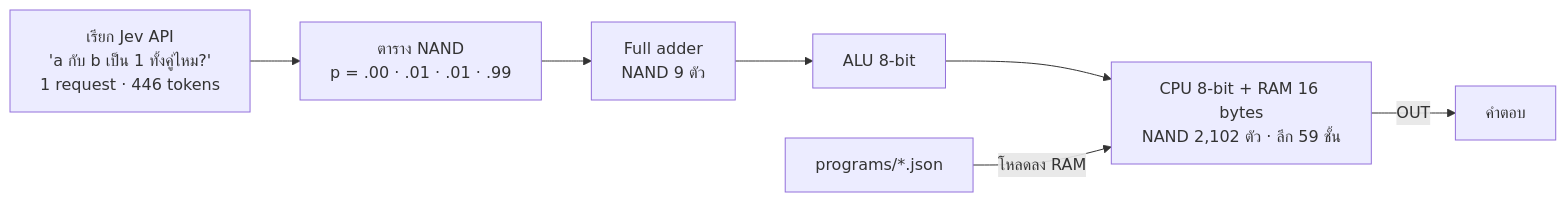
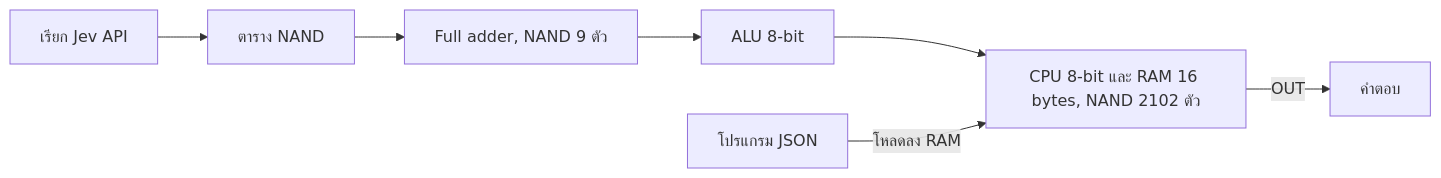
One commit to RiwRiwara/jev-computer changed the first of 3 diagrams in README.th.md. Above: the diagram before and after it, drawn with Mermaid. The commit also changed other lines of this file and 1 other file, not shown here.

Commit message:
Simplify Mermaid diagrams so GitHub renders them

````diff
--- a/README.th.md
+++ b/README.th.md
@@ -13,12 +13,9 @@
 ```mermaid
 flowchart LR
-    Q["เรียก Jev API<br/>'a กับ b เป็น 1 ทั้งคู่ไหม?'<br/>1 request · 446 tokens"]
-    T["ตาราง NAND<br/>p = .00 · .01 · .01 · .99"]
-    FA["Full adder<br/>NAND 9 ตัว"]
-    ALU["ALU 8-bit"]
-    CPU["CPU 8-bit + RAM 16 bytes<br/>NAND 2,102 ตัว · ลึก 59 ชั้น"]
-    P["programs/*.json"]
-    Q --> T --> FA --> ALU --> CPU
-    P -- "โหลดลง RAM" --> CPU
-    CPU -- "OUT" --> A["คำตอบ"]
+    Q[เรียก Jev API] --> T[ตาราง NAND]
+    T --> FA[Full adder, NAND 9 ตัว]
+    FA --> ALU[ALU 8-bit]
+    ALU --> CPU[CPU 8-bit และ RAM 16 bytes, NAND 2102 ตัว]
+    P[โปรแกรม JSON] -->|โหลดลง RAM| CPU
+    CPU -->|OUT| ANS[คำตอบ]
 ```
````
